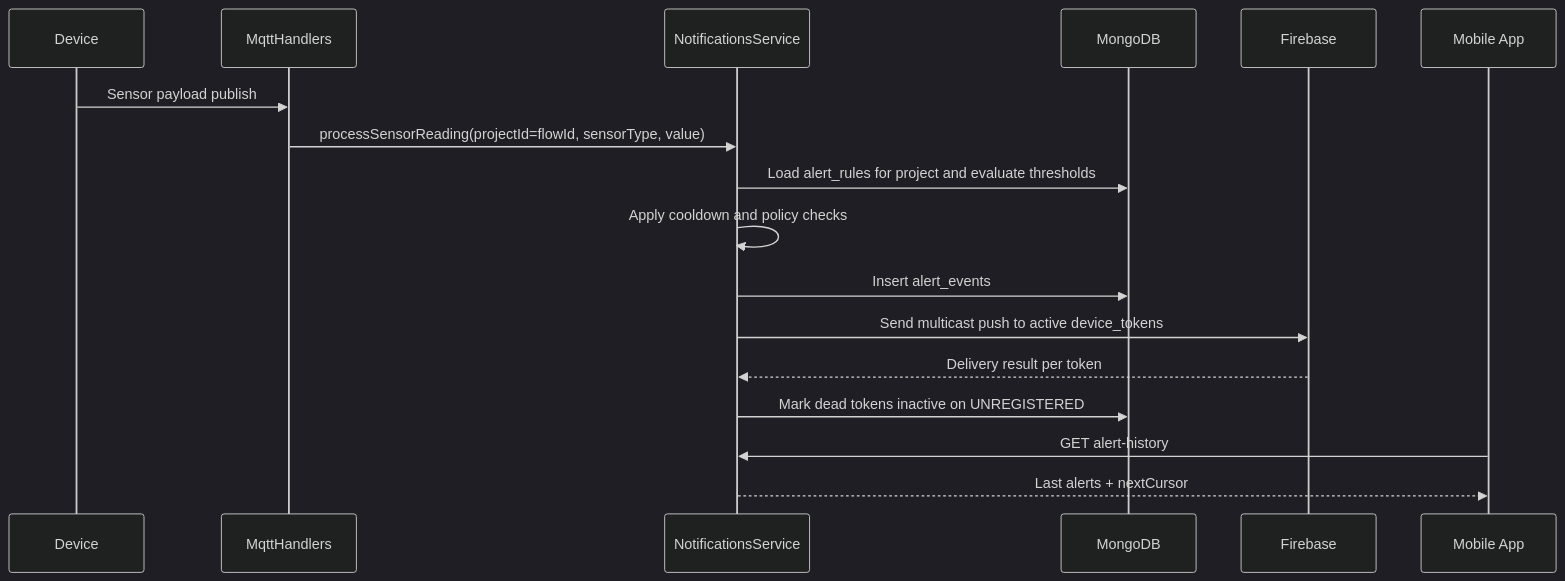
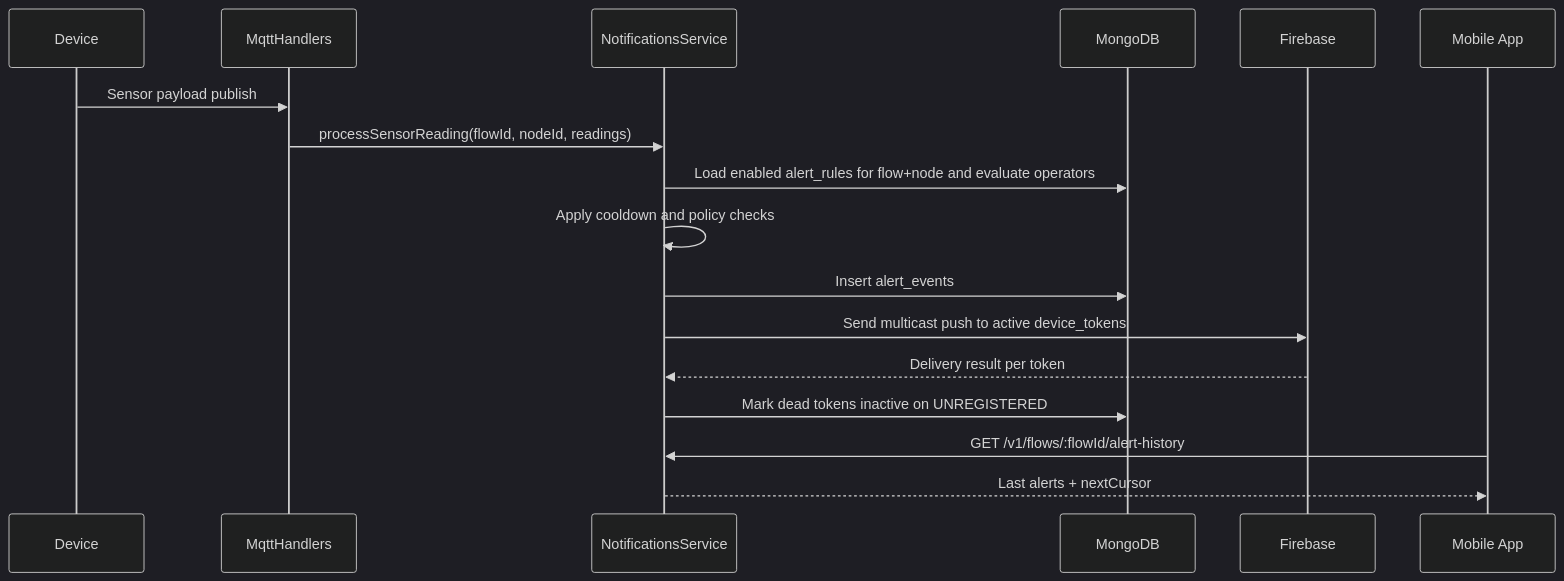
Before and after one commit to ahmed-atef-gad/nexusflow-backend: the fifth of 5 diagrams in docs/arch.md, drawn with Mermaid (dark theme). The commit also changed other lines of this file and 21 other files, not shown here.

First line of the commit message:
refactor: update notification system to use flow-based architecture

````diff
--- a/docs/arch.md
+++ b/docs/arch.md
@@ -164,21 +164,21 @@
 ```mermaid
 sequenceDiagram
     participant ESP as Device
     participant MQTT as MqttHandlers
     participant N as NotificationsService
     participant DB as MongoDB
     participant FCM as Firebase
     participant App as Mobile App
 
     ESP->>MQTT: Sensor payload publish
-    MQTT->>N: processSensorReading(projectId=flowId, sensorType, value)
-    N->>DB: Load alert_rules for project and evaluate thresholds
+    MQTT->>N: processSensorReading(flowId, nodeId, readings)
+    N->>DB: Load enabled alert_rules for flow+node and evaluate operators
     N->>N: Apply cooldown and policy checks
     N->>DB: Insert alert_events
     N->>FCM: Send multicast push to active device_tokens
     FCM-->>N: Delivery result per token
     N->>DB: Mark dead tokens inactive on UNREGISTERED
 
-    App->>N: GET alert-history
+    App->>N: GET /v1/flows/:flowId/alert-history
     N-->>App: Last alerts + nextCursor
 ```
````
